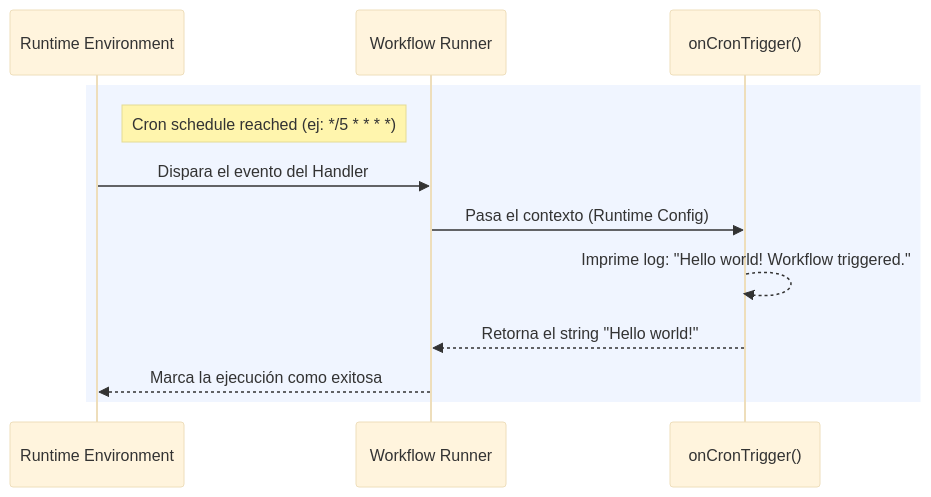
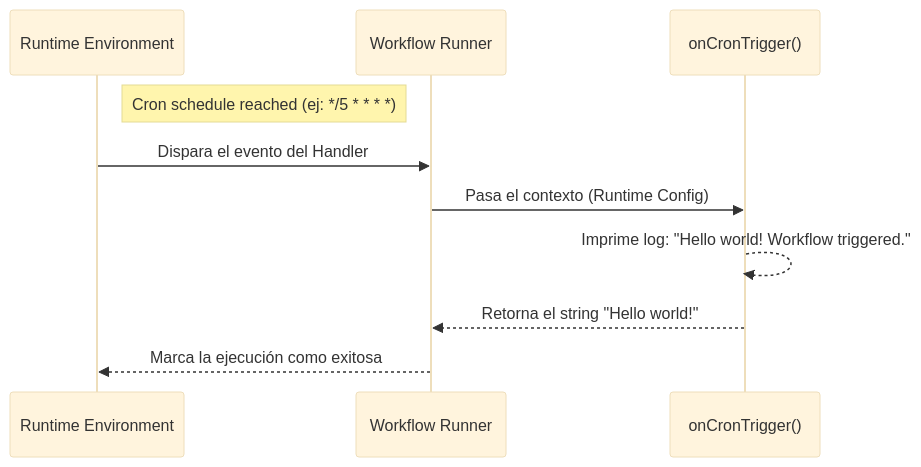
Before and after one commit to OmarQV/my-project-cre: the third of 3 diagrams in hellow_world_TS/README.md, drawn with Mermaid (base theme). The commit also changed other lines of this file and 1 other file, not shown here.

````diff
--- a/hellow_world_TS/README.md
+++ b/hellow_world_TS/README.md
@@ -67,15 +67,13 @@
 ```mermaid
 sequenceDiagram
     participant CRE as Runtime Environment
     participant W as Workflow Runner
     participant H as onCronTrigger()
     
-    rect rgb(240, 245, 255)
-        note right of CRE: Cron schedule reached (ej: */5 * * * *)
-        CRE->>W: Dispara el evento del Handler
-        W->>H: Pasa el contexto (Runtime Config)
-        H-->>H: Imprime log: "Hello world! Workflow triggered."
-        H-->>W: Retorna el string "Hello world!"
-        W-->>CRE: Marca la ejecución como exitosa
-    end
+    note right of CRE: Cron schedule reached (ej: */5 * * * *)
+    CRE->>W: Dispara el evento del Handler
+    W->>H: Pasa el contexto (Runtime Config)
+    H-->>H: Imprime log: "Hello world! Workflow triggered."
+    H-->>W: Retorna el string "Hello world!"
+    W-->>CRE: Marca la ejecución como exitosa
 ```
````
